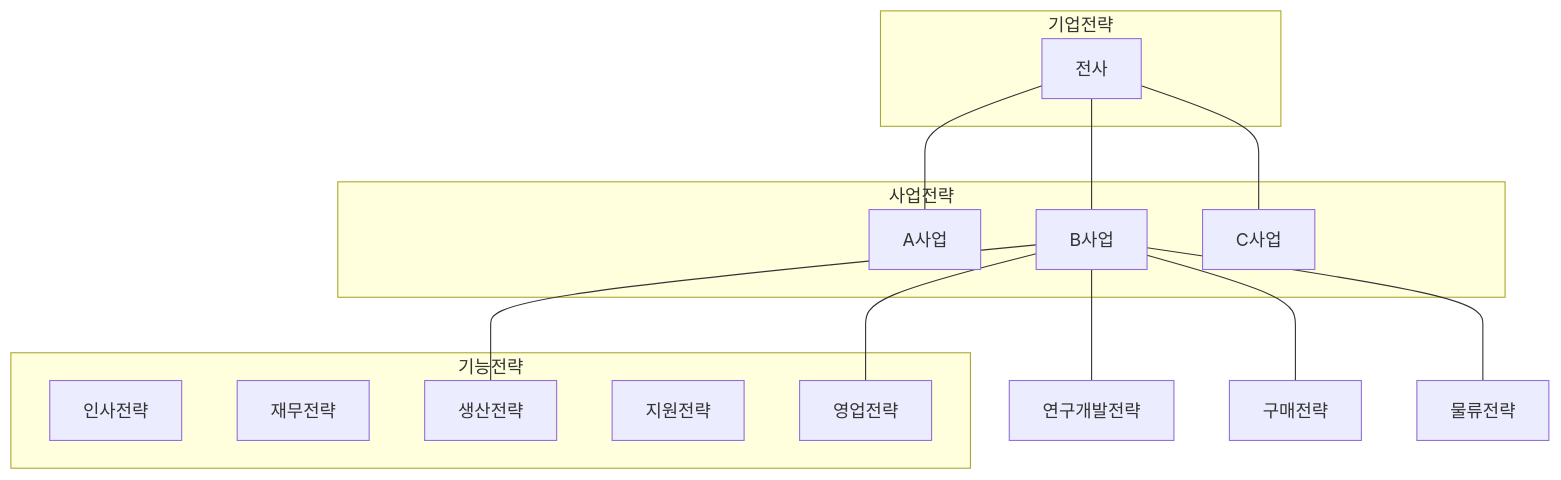
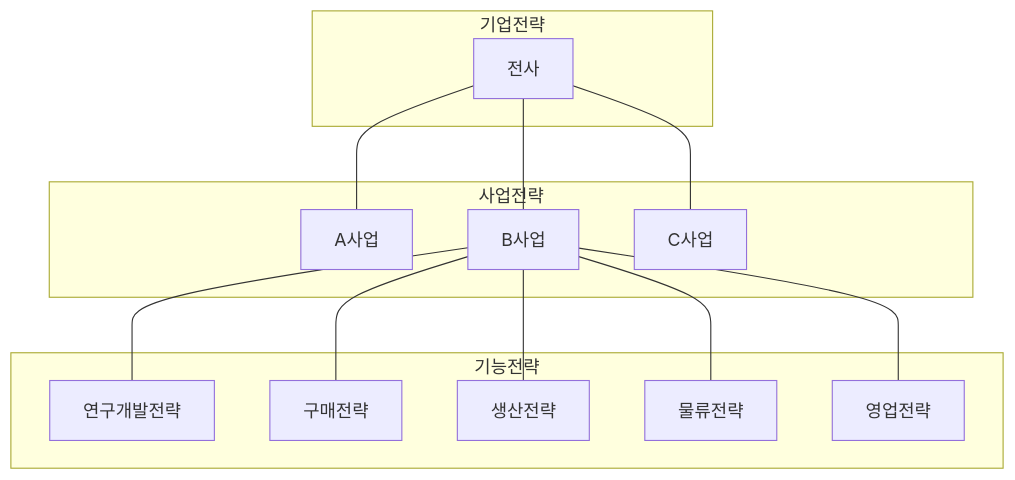
One commit to yeonkyupark/PEPC changed the diagram in 1-1. 경쟁우위 생산전략.qmd. Above: the diagram before and after it, drawn with Mermaid.

Commit message:
1-1. 경쟁우위 생산전략.qmd 업데이트

````diff
--- a/1-1. 경쟁우위 생산전략.qmd
+++ b/1-1. 경쟁우위 생산전략.qmd
@@ -7,20 +7,20 @@
 ```{mermaid}
 flowchart TD
   subgraph 기업전략
     전사
   end
   subgraph 사업전략
     A사업
     B사업
     C사업
   end
   subgraph 기능전략
-    인사전략
-    재무전략
+    연구개발전략
+    구매전략
     생산전략
-    지원전략
+    물류전략
     영업전략
   end
   전사 --- A사업 & B사업 & C사업
   B사업 --- 연구개발전략 & 구매전략 & 생산전략 & 물류전략 & 영업전략 
 ```
````
